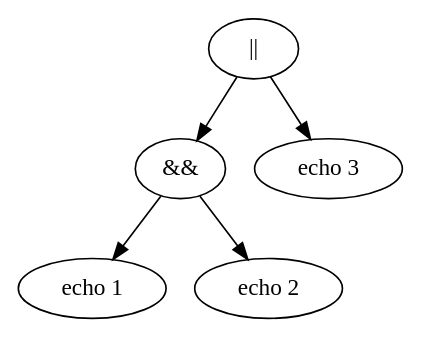
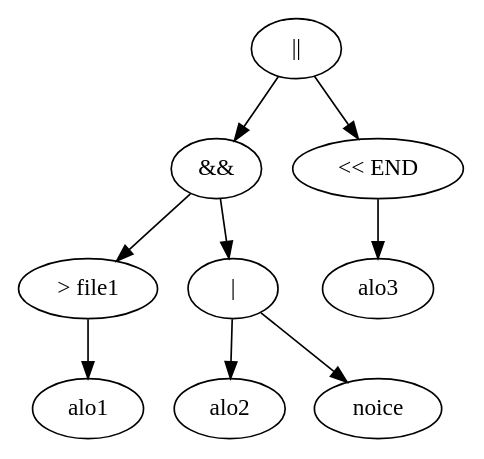
Before and after one commit to YeGoRenji/minishell-1337: the diagram in tree.dot, drawn with Graphviz. The commit also changed 7 other files, not shown here.

```diff
--- a/tree.dot
+++ b/tree.dot
@@ -1,11 +1,19 @@
 digraph yep {
 	n0[label="||"];
 	n0 -> n1;
 	n0 -> n2;
 	n1[label="&&"];
 	n1 -> n11;
 	n1 -> n12;
-	n11[label="echo 1 "];
-	n12[label="echo 2 "];
-	n2[label="echo 3 "];
+	n11[label="> file1"];
+	n11 -> n111;
+	n111[label="alo1 "];
+	n12[label="|"];
+	n12 -> n121;
+	n12 -> n122;
+	n121[label="alo2 "];
+	n122[label="noice "];
+	n2[label="<< END"];
+	n2 -> n21;
+	n21[label="alo3 "];
 }
```
